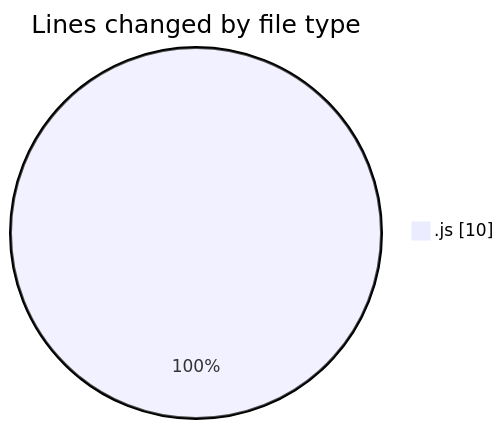
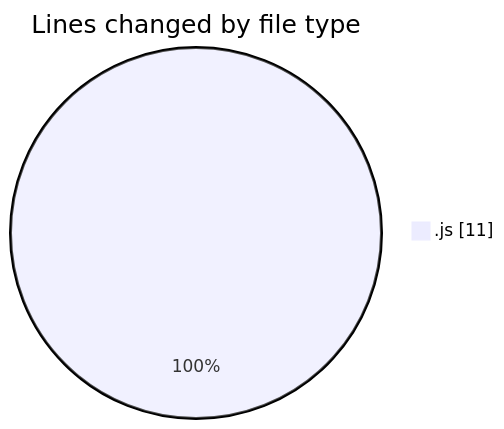
Before and after one commit to Ritupan-Deka/code-tracking: the first of 2 diagrams in 2025-07-18/mern-workoutboard/README.md, drawn with Mermaid. The commit also changed other lines of this file and 1 other file, not shown here.

````diff
--- a/2025-07-18/mern-workoutboard/README.md
+++ b/2025-07-18/mern-workoutboard/README.md
@@ -20,5 +21,5 @@
 ```mermaid
 pie showData
 title Lines changed by file type
-".js" : 10
+".js" : 11
 ```
````
